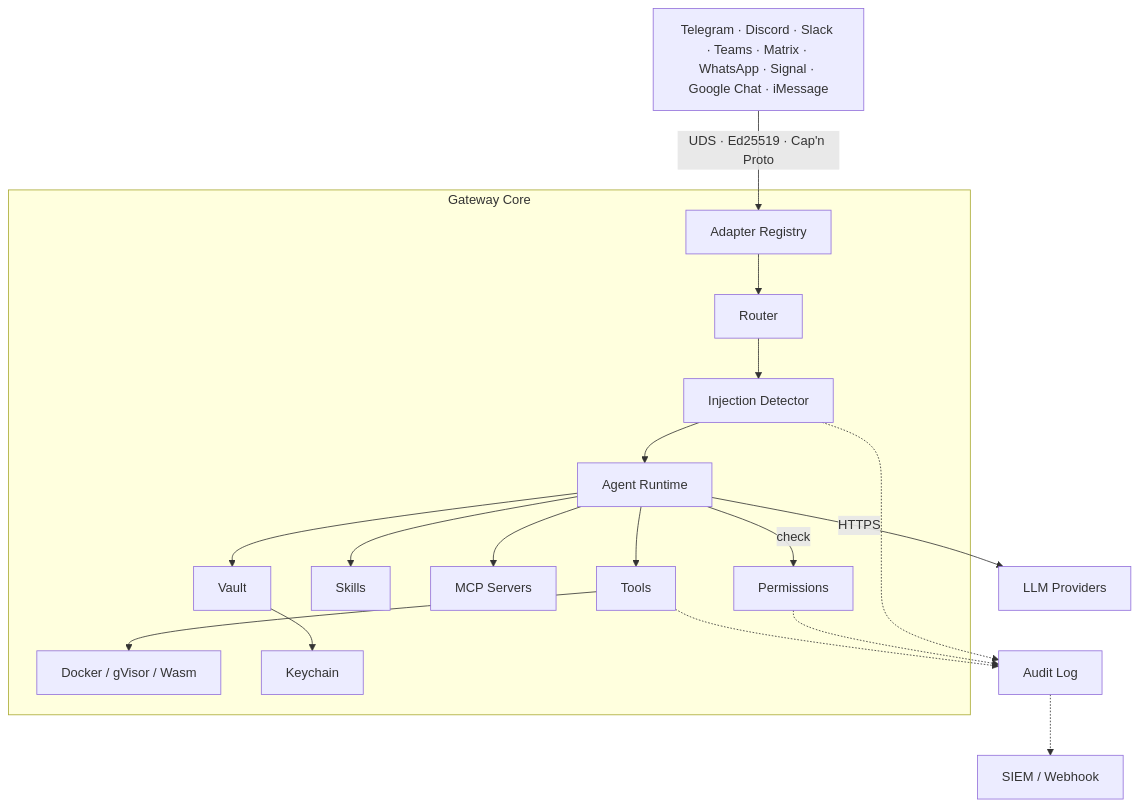
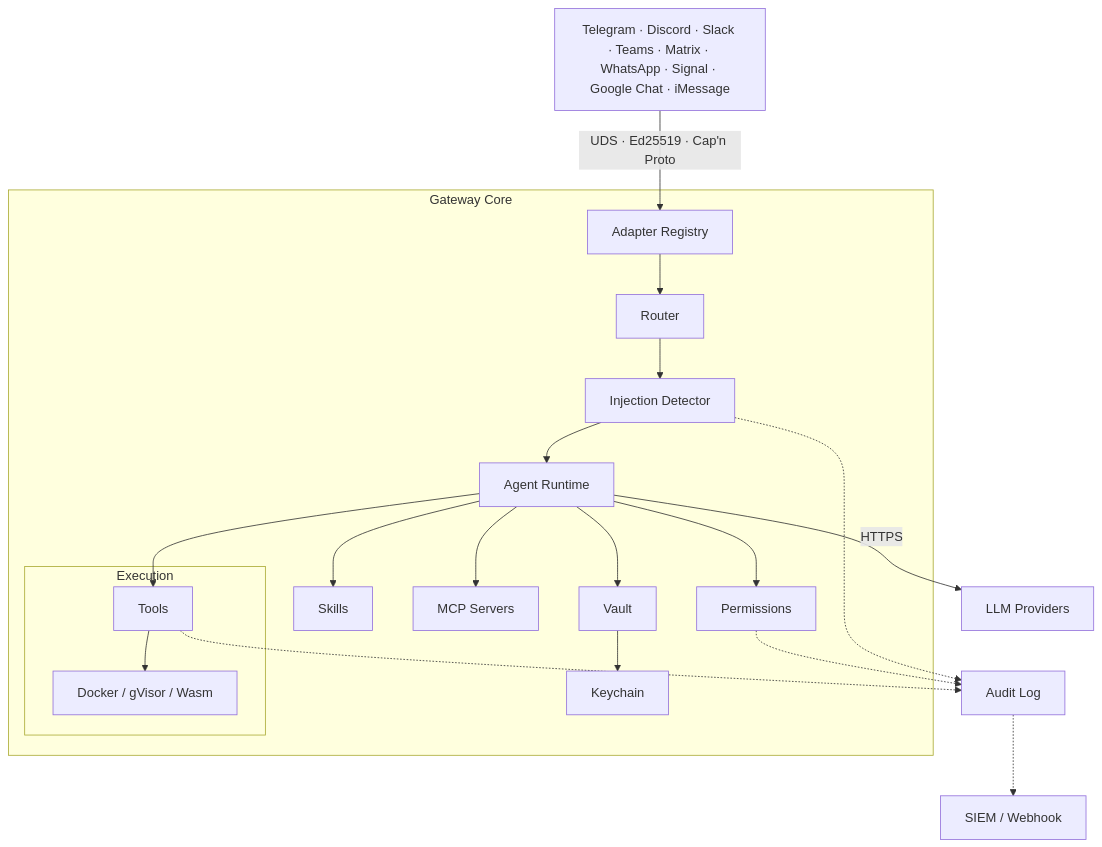
One commit to gebruder/wirken changed the diagram in README.md. Above: the diagram before and after it, drawn with Mermaid.

Commit message:
nest Tools/Sandbox in subgraph to force vertical layout

````diff
--- a/README.md
+++ b/README.md
@@ -76,23 +76,27 @@
 ```mermaid
 graph TD
     Channels["Telegram · Discord · Slack · Teams · Matrix · WhatsApp · Signal · Google Chat · iMessage"]
     Channels -- "UDS · Ed25519 · Cap'n Proto" --> Registry
 
     subgraph Gateway["Gateway Core"]
         Registry[Adapter Registry] --> Router
         Router --> Detect[Injection Detector]
         Detect --> Agent[Agent Runtime]
-        Agent -- check --> Permissions
+        Agent --> Permissions
         Agent --> Skills
         Agent --> MCP[MCP Servers]
-        Agent --> Tools --> Sandbox[Docker / gVisor / Wasm]
+        Agent --> Tools
         Agent --> Vault --> Keychain
+
+        subgraph Execution
+            Tools --> Sandbox[Docker / gVisor / Wasm]
+        end
     end
 
     Agent -- HTTPS --> LLM[LLM Providers]
 
     Detect -.-> Audit
     Permissions -.-> Audit
     Tools -.-> Audit
     Audit[Audit Log] -.-> SIEM[SIEM / Webhook]
 ```
````
